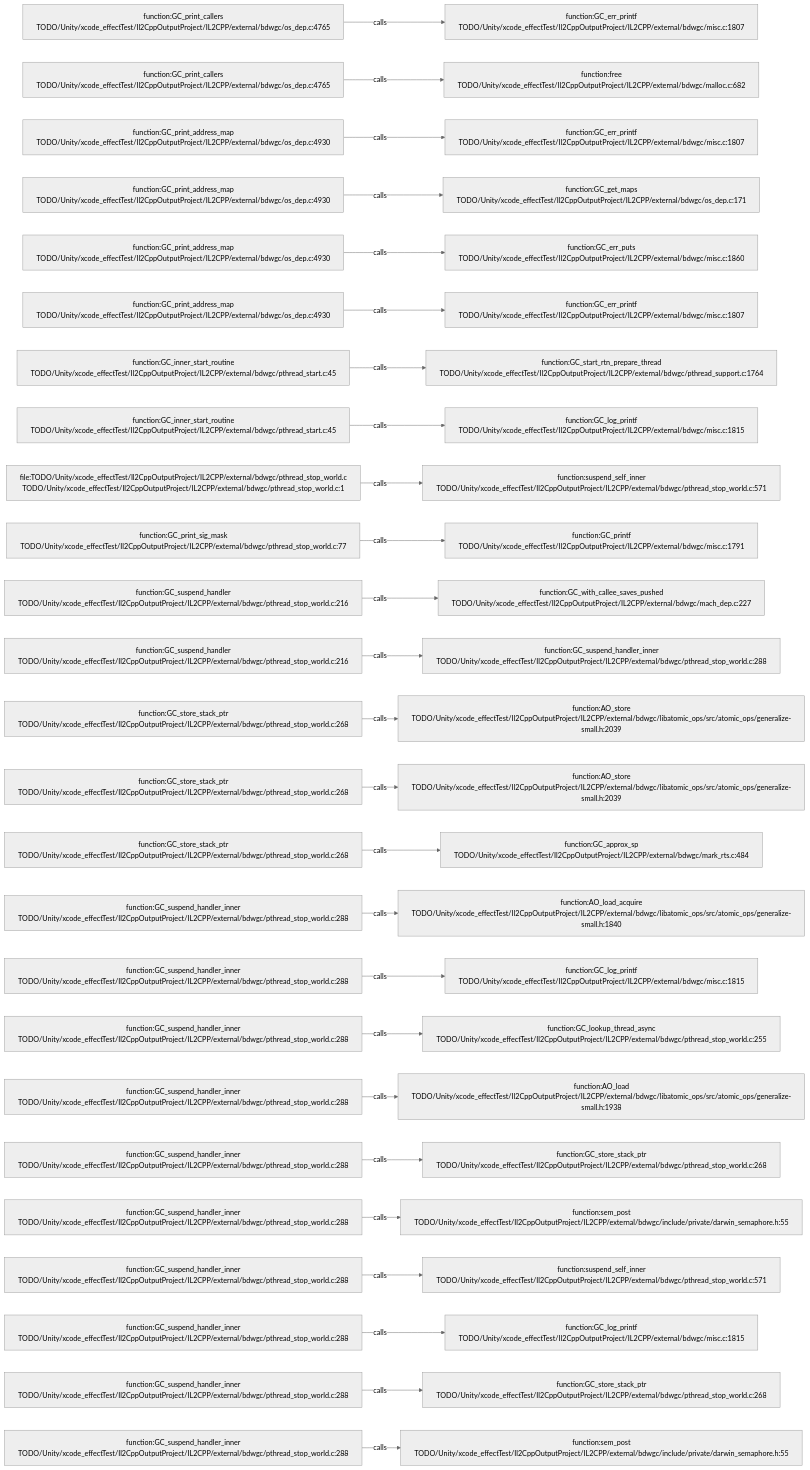
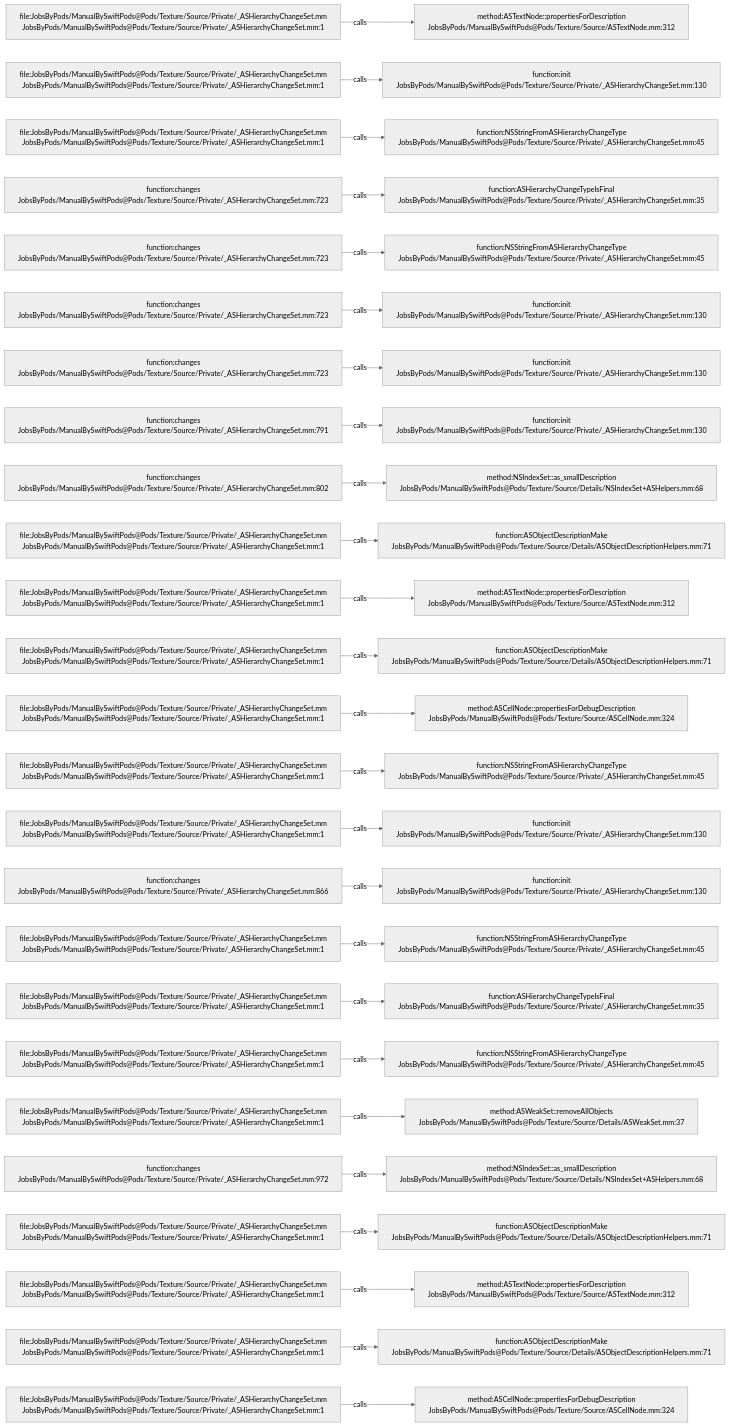
One commit to JobsKits/JobsSwiftBaseConfigDemo changed the diagram in .codegraph/codegraph.md/graphs/calls-148.md. Above: the diagram before and after it, drawn with Mermaid (neutral theme). The commit also changed 2959 other files, not shown here.

````diff
--- a/.codegraph/codegraph.md/graphs/calls-148.md
+++ b/.codegraph/codegraph.md/graphs/calls-148.md
@@ -13,78 +13,78 @@
 ```mermaid
 flowchart LR
-  S1["function:GC_print_callers<br/>TODO/Unity/xcode_effectTest/Il2CppOutputProject/IL2CPP/external/bdwgc/os_dep.c:4765"]
-  T1["function:GC_err_printf<br/>TODO/Unity/xcode_effectTest/Il2CppOutputProject/IL2CPP/external/bdwgc/misc.c:1807"]
+  S1["file:JobsByPods/ManualBySwiftPods@Pods/Texture/Source/Private/_ASHierarchyChangeSet.mm<br/>JobsByPods/ManualBySwiftPods@Pods/Texture/Source/Private/_ASHierarchyChangeSet.mm:1"]
+  T1["method:ASTextNode::propertiesForDescription<br/>JobsByPods/ManualBySwiftPods@Pods/Texture/Source/ASTextNode.mm:312"]
   S1 -->|calls| T1
-  S2["function:GC_print_callers<br/>TODO/Unity/xcode_effectTest/Il2CppOutputProject/IL2CPP/external/bdwgc/os_dep.c:4765"]
-  T2["function:free<br/>TODO/Unity/xcode_effectTest/Il2CppOutputProject/IL2CPP/external/bdwgc/malloc.c:682"]
+  S2["file:JobsByPods/ManualBySwiftPods@Pods/Texture/Source/Private/_ASHierarchyChangeSet.mm<br/>JobsByPods/ManualBySwiftPods@Pods/Texture/Source/Private/_ASHierarchyChangeSet.mm:1"]
+  T2["function:init<br/>JobsByPods/ManualBySwiftPods@Pods/Texture/Source/Private/_ASHierarchyChangeSet.mm:130"]
   S2 -->|calls| T2
-  S3["function:GC_print_address_map<br/>TODO/Unity/xcode_effectTest/Il2CppOutputProject/IL2CPP/external/bdwgc/os_dep.c:4930"]
-  T3["function:GC_err_printf<br/>TODO/Unity/xcode_effectTest/Il2CppOutputProject/IL2CPP/external/bdwgc/misc.c:1807"]
+  S3["file:JobsByPods/ManualBySwiftPods@Pods/Texture/Source/Private/_ASHierarchyChangeSet.mm<br/>JobsByPods/ManualBySwiftPods@Pods/Texture/Source/Private/_ASHierarchyChangeSet.mm:1"]
+  T3["function:NSStringFromASHierarchyChangeType<br/>JobsByPods/ManualBySwiftPods@Pods/Texture/Source/Private/_ASHierarchyChangeSet.mm:45"]
   S3 -->|calls| T3
-  S4["function:GC_print_address_map<br/>TODO/Unity/xcode_effectTest/Il2CppOutputProject/IL2CPP/external/bdwgc/os_dep.c:4930"]
-  T4["function:GC_get_maps<br/>TODO/Unity/xcode_effectTest/Il2CppOutputProject/IL2CPP/external/bdwgc/os_dep.c:171"]
+  S4["function:changes<br/>JobsByPods/ManualBySwiftPods@Pods/Texture/Source/Private/_ASHierarchyChangeSet.mm:723"]
+  T4["function:ASHierarchyChangeTypeIsFinal<br/>JobsByPods/ManualBySwiftPods@Pods/Texture/Source/Private/_ASHierarchyChangeSet.mm:35"]
   S4 -->|calls| T4
-  S5["function:GC_print_address_map<br/>TODO/Unity/xcode_effectTest/Il2CppOutputProject/IL2CPP/external/bdwgc/os_dep.c:4930"]
-  T5["function:GC_err_puts<br/>TODO/Unity/xcode_effectTest/Il2CppOutputProject/IL2CPP/external/bdwgc/misc.c:1860"]
+  S5["function:changes<br/>JobsByPods/ManualBySwiftPods@Pods/Texture/Source/Private/_ASHierarchyChangeSet.mm:723"]
+  T5["function:NSStringFromASHierarchyChangeType<br/>JobsByPods/ManualBySwiftPods@Pods/Texture/Source/Private/_ASHierarchyChangeSet.mm:45"]
   S5 -->|calls| T5
-  S6["function:GC_print_address_map<br/>TODO/Unity/xcode_effectTest/Il2CppOutputProject/IL2CPP/external/bdwgc/os_dep.c:4930"]
-  T6["function:GC_err_printf<br/>TODO/Unity/xcode_effectTest/Il2CppOutputProject/IL2CPP/external/bdwgc/misc.c:1807"]
+  S6["function:changes<br/>JobsByPods/ManualBySwiftPods@Pods/Texture/Source/Private/_ASHierarchyChangeSet.mm:723"]
+  T6["function:init<br/>JobsByPods/ManualBySwiftPods@Pods/Texture/Source/Private/_ASHierarchyChangeSet.mm:130"]
   S6 -->|calls| T6
-  S7["function:GC_inner_start_routine<br/>TODO/Unity/xcode_effectTest/Il2CppOutputProject/IL2CPP/external/bdwgc/pthread_start.c:45"]
-  T7["function:GC_start_rtn_prepare_thread<br/>TODO/Unity/xcode_effectTest/Il2CppOutputProject/IL2CPP/external/bdwgc/pthread_support.c:1764"]
+  S7["function:changes<br/>JobsByPods/ManualBySwiftPods@Pods/Texture/Source/Private/_ASHierarchyChangeSet.mm:723"]
+  T7["function:init<br/>JobsByPods/ManualBySwiftPods@Pods/Texture/Source/Private/_ASHierarchyChangeSet.mm:130"]
   S7 -->|calls| T7
-  S8["function:GC_inner_start_routine<br/>TODO/Unity/xcode_effectTest/Il2CppOutputProject/IL2CPP/external/bdwgc/pthread_start.c:45"]
-  T8["function:GC_log_printf<br/>TODO/Unity/xcode_effectTest/Il2CppOutputProject/IL2CPP/external/bdwgc/misc.c:1815"]
+  S8["function:changes<br/>JobsByPods/ManualBySwiftPods@Pods/Texture/Source/Private/_ASHierarchyChangeSet.mm:791"]
+  T8["function:init<br/>JobsByPods/ManualBySwiftPods@Pods/Texture/Source/Private/_ASHierarchyChangeSet.mm:130"]
   S8 -->|calls| T8
-  S9["file:TODO/Unity/xcode_effectTest/Il2CppOutputProject/IL2CPP/external/bdwgc/pthread_stop_world.c<br/>TODO/Unity/xcode_effectTest/Il2CppOutputProject/IL2CPP/external/bdwgc/pthread_stop_world.c:1"]
-  T9["function:suspend_self_inner<br/>TODO/Unity/xcode_effectTest/Il2CppOutputProject/IL2CPP/external/bdwgc/pthread_stop_world.c:571"]
+  S9["function:changes<br/>JobsByPods/ManualBySwiftPods@Pods/Texture/Source/Private/_ASHierarchyChangeSet.mm:802"]
+  T9["method:NSIndexSet::as_smallDescription<br/>JobsByPods/ManualBySwiftPods@Pods/Texture/Source/Details/NSIndexSet+ASHelpers.mm:68"]
   S9 -->|calls| T9
-  S10["function:GC_print_sig_mask<br/>TODO/Unity/xcode_effectTest/Il2CppOutputProject/IL2CPP/external/bdwgc/pthread_stop_world.c:77"]
-  T10["function:GC_printf<br/>TODO/Unity/xcode_effectTest/Il2CppOutputProject/IL2CPP/external/bdwgc/misc.c:1791"]
+  S10["file:JobsByPods/ManualBySwiftPods@Pods/Texture/Source/Private/_ASHierarchyChangeSet.mm<br/>JobsByPods/ManualBySwiftPods@Pods/Texture/Source/Private/_ASHierarchyChangeSet.mm:1"]
+  T10["function:ASObjectDescriptionMake<br/>JobsByPods/ManualBySwiftPods@Pods/Texture/Source/Details/ASObjectDescriptionHelpers.mm:71"]
   S10 -->|calls| T10
-  S11["function:GC_suspend_handler<br/>TODO/Unity/xcode_effectTest/Il2CppOutputProject/IL2CPP/external/bdwgc/pthread_stop_world.c:216"]
-  T11["function:GC_with_callee_saves_pushed<br/>TODO/Unity/xcode_effectTest/Il2CppOutputProject/IL2CPP/external/bdwgc/mach_dep.c:227"]
+  S11["file:JobsByPods/ManualBySwiftPods@Pods/Texture/Source/Private/_ASHierarchyChangeSet.mm<br/>JobsByPods/ManualBySwiftPods@Pods/Texture/Source/Private/_ASHierarchyChangeSet.mm:1"]
+  T11["method:ASTextNode::propertiesForDescription<br/>JobsByPods/ManualBySwiftPods@Pods/Texture/Source/ASTextNode.mm:312"]
   S11 -->|calls| T11
-  S12["function:GC_suspend_handler<br/>TODO/Unity/xcode_effectTest/Il2CppOutputProject/IL2CPP/external/bdwgc/pthread_stop_world.c:216"]
-  T12["function:GC_suspend_handler_inner<br/>TODO/Unity/xcode_effectTest/Il2CppOutputProject/IL2CPP/external/bdwgc/pthread_stop_world.c:288"]
+  S12["file:JobsByPods/ManualBySwiftPods@Pods/Texture/Source/Private/_ASHierarchyChangeSet.mm<br/>JobsByPods/ManualBySwiftPods@Pods/Texture/Source/Private/_ASHierarchyChangeSet.mm:1"]
+  T12["function:ASObjectDescriptionMake<br/>JobsByPods/ManualBySwiftPods@Pods/Texture/Source/Details/ASObjectDescriptionHelpers.mm:71"]
   S12 -->|calls| T12
-  S13["function:GC_store_stack_ptr<br/>TODO/Unity/xcode_effectTest/Il2CppOutputProject/IL2CPP/external/bdwgc/pthread_stop_world.c:268"]
-  T13["function:AO_store<br/>TODO/Unity/xcode_effectTest/Il2CppOutputProject/IL2CPP/external/bdwgc/libatomic_ops/src/atomic_ops/generalize-small.h:2039"]
+  S13["file:JobsByPods/ManualBySwiftPods@Pods/Texture/Source/Private/_ASHierarchyChangeSet.mm<br/>JobsByPods/ManualBySwiftPods@Pods/Texture/Source/Private/_ASHierarchyChangeSet.mm:1"]
+  T13["method:ASCellNode::propertiesForDebugDescription<br/>JobsByPods/ManualBySwiftPods@Pods/Texture/Source/ASCellNode.mm:324"]
   S13 -->|calls| T13
-  S14["function:GC_store_stack_ptr<br/>TODO/Unity/xcode_effectTest/Il2CppOutputProject/IL2CPP/external/bdwgc/pthread_stop_world.c:268"]
-  T14["function:AO_store<br/>TODO/Unity/xcode_effectTest/Il2CppOutputProject/IL2CPP/external/bdwgc/libatomic_ops/src/atomic_ops/generalize-small.h:2039"]
+  S14["file:JobsByPods/ManualBySwiftPods@Pods/Texture/Source/Private/_ASHierarchyChangeSet.mm<br/>JobsByPods/ManualBySwiftPods@Pods/Texture/Source/Private/_ASHierarchyChangeSet.mm:1"]
+  T14["function:NSStringFromASHierarchyChangeType<br/>JobsByPods/ManualBySwiftPods@Pods/Texture/Source/Private/_ASHierarchyChangeSet.mm:45"]
   S14 -->|calls| T14
-  S15["function:GC_store_stack_ptr<br/>TODO/Unity/xcode_effectTest/Il2CppOutputProject/IL2CPP/external/bdwgc/pthread_stop_world.c:268"]
-  T15["function:GC_approx_sp<br/>TODO/Unity/xcode_effectTest/Il2CppOutputProject/IL2CPP/external/bdwgc/mark_rts.c:484"]
+  S15["file:JobsByPods/ManualBySwiftPods@Pods/Texture/Source/Private/_ASHierarchyChangeSet.mm<br/>JobsByPods/ManualBySwiftPods@Pods/Texture/Source/Private/_ASHierarchyChangeSet.mm:1"]
+  T15["function:init<br/>JobsByPods/ManualBySwiftPods@Pods/Texture/Source/Private/_ASHierarchyChangeSet.mm:130"]
   S15 -->|calls| T15
-  S16["function:GC_suspend_handler_inner<br/>TODO/Unity/xcode_effectTest/Il2CppOutputProject/IL2CPP/external/bdwgc/pthread_stop_world.c:288"]
-  T16["function:AO_load_acquire<br/>TODO/Unity/xcode_effectTest/Il2CppOutputProject/IL2CPP/external/bdwgc/libatomic_ops/src/atomic_ops/generalize-small.h:1840"]
+  S16["function:changes<br/>JobsByPods/ManualBySwiftPods@Pods/Texture/Source/Private/_ASHierarchyChangeSet.mm:866"]
+  T16["function:init<br/>JobsByPods/ManualBySwiftPods@Pods/Texture/Source/Private/_ASHierarchyChangeSet.mm:130"]
   S16 -->|calls| T16
-  S17["function:GC_suspend_handler_inner<br/>TODO/Unity/xcode_effectTest/Il2CppOutputProject/IL2CPP/external/bdwgc/pthread_stop_world.c:288"]
-  T17["function:GC_log_printf<br/>TODO/Unity/xcode_effectTest/Il2CppOutputProject/IL2CPP/external/bdwgc/misc.c:1815"]
+  S17["file:JobsByPods/ManualBySwiftPods@Pods/Texture/Source/Private/_ASHierarchyChangeSet.mm<br/>JobsByPods/ManualBySwiftPods@Pods/Texture/Source/Private/_ASHierarchyChangeSet.mm:1"]
+  T17["function:NSStringFromASHierarchyChangeType<br/>JobsByPods/ManualBySwiftPods@Pods/Texture/Source/Private/_ASHierarchyChangeSet.mm:45"]
   S17 -->|calls| T17
-  S18["function:GC_suspend_handler_inner<br/>TODO/Unity/xcode_effectTest/Il2CppOutputProject/IL2CPP/external/bdwgc/pthread_stop_world.c:288"]
-  T18["function:GC_lookup_thread_async<br/>TODO/Unity/xcode_effectTest/Il2CppOutputProject/IL2CPP/external/bdwgc/pthread_stop_world.c:255"]
+  S18["file:JobsByPods/ManualBySwiftPods@Pods/Texture/Source/Private/_ASHierarchyChangeSet.mm<br/>JobsByPods/ManualBySwiftPods@Pods/Texture/Source/Private/_ASHierarchyChangeSet.mm:1"]
+  T18["function:ASHierarchyChangeTypeIsFinal<br/>JobsByPods/ManualBySwiftPods@Pods/Texture/Source/Private/_ASHierarchyChangeSet.mm:35"]
   S18 -->|calls| T18
-  S19["function:GC_suspend_handler_inner<br/>TODO/Unity/xcode_effectTest/Il2CppOutputProject/IL2CPP/external/bdwgc/pthread_stop_world.c:288"]
-  T19["function:AO_load<br/>TODO/Unity/xcode_effectTest/Il2CppOutputProject/IL2CPP/external/bdwgc/libatomic_ops/src/atomic_ops/generalize-small.h:1938"]
+  S19["file:JobsByPods/ManualBySwiftPods@Pods/Texture/Source/Private/_ASHierarchyChangeSet.mm<br/>JobsByPods/ManualBySwiftPods@Pods/Texture/Source/Private/_ASHierarchyChangeSet.mm:1"]
+  T19["function:NSStringFromASHierarchyChangeType<br/>JobsByPods/ManualBySwiftPods@Pods/Texture/Source/Private/_ASHierarchyChangeSet.mm:45"]
   S19 -->|calls| T19
-  S20["function:GC_suspend_handler_inner<br/>TODO/Unity/xcode_effectTest/Il2CppOutputProject/IL2CPP/external/bdwgc/pthread_stop_world.c:288"]
-  T20["function:GC_store_stack_ptr<br/>TODO/Unity/xcode_effectTest/Il2CppOutputProject/IL2CPP/external/bdwgc/pthread_stop_world.c:268"]
+  S20["file:JobsByPods/ManualBySwiftPods@Pods/Texture/Source/Private/_ASHierarchyChangeSet.mm<br/>JobsByPods/ManualBySwiftPods@Pods/Texture/Source/Private/_ASHierarchyChangeSet.mm:1"]
+  T20["method:ASWeakSet::removeAllObjects<br/>JobsByPods/ManualBySwiftPods@Pods/Texture/Source/Details/ASWeakSet.mm:37"]
   S20 -->|calls| T20
-  S21["function:GC_suspend_handler_inner<br/>TODO/Unity/xcode_effectTest/Il2CppOutputProject/IL2CPP/external/bdwgc/pthread_stop_world.c:288"]
-  T21["function:sem_post<br/>TODO/Unity/xcode_effectTest/Il2CppOutputProject/IL2CPP/external/bdwgc/include/private/darwin_semaphore.h:55"]
+  S21["function:changes<br/>JobsByPods/ManualBySwiftPods@Pods/Texture/Source/Private/_ASHierarchyChangeSet.mm:972"]
+  T21["method:NSIndexSet::as_smallDescription<br/>JobsByPods/ManualBySwiftPods@Pods/Texture/Source/Details/NSIndexSet+ASHelpers.mm:68"]
   S21 -->|calls| T21
-  S22["function:GC_suspend_handler_inner<br/>TODO/Unity/xcode_effectTest/Il2CppOutputProject/IL2CPP/external/bdwgc/pthread_stop_world.c:288"]
-  T22["function:suspend_self_inner<br/>TODO/Unity/xcode_effectTest/Il2CppOutputProject/IL2CPP/external/bdwgc/pthread_stop_world.c:571"]
+  S22["file:JobsByPods/ManualBySwiftPods@Pods/Texture/Source/Private/_ASHierarchyChangeSet.mm<br/>JobsByPods/ManualBySwiftPods@Pods/Texture/Source/Private/_ASHierarchyChangeSet.mm:1"]
+  T22["function:ASObjectDescriptionMake<br/>JobsByPods/ManualBySwiftPods@Pods/Texture/Source/Details/ASObjectDescriptionHelpers.mm:71"]
   S22 -->|calls| T22
-  S23["function:GC_suspend_handler_inner<br/>TODO/Unity/xcode_effectTest/Il2CppOutputProject/IL2CPP/external/bdwgc/pthread_stop_world.c:288"]
-  T23["function:GC_log_printf<br/>TODO/Unity/xcode_effectTest/Il2CppOutputProject/IL2CPP/external/bdwgc/misc.c:1815"]
+  S23["file:JobsByPods/ManualBySwiftPods@Pods/Texture/Source/Private/_ASHierarchyChangeSet.mm<br/>JobsByPods/ManualBySwiftPods@Pods/Texture/Source/Private/_ASHierarchyChangeSet.mm:1"]
+  T23["method:ASTextNode::propertiesForDescription<br/>JobsByPods/ManualBySwiftPods@Pods/Texture/Source/ASTextNode.mm:312"]
   S23 -->|calls| T23
-  S24["function:GC_suspend_handler_inner<br/>TODO/Unity/xcode_effectTest/Il2CppOutputProject/IL2CPP/external/bdwgc/pthread_stop_world.c:288"]
-  T24["function:GC_store_stack_ptr<br/>TODO/Unity/xcode_effectTest/Il2CppOutputProject/IL2CPP/external/bdwgc/pthread_stop_world.c:268"]
+  S24["file:JobsByPods/ManualBySwiftPods@Pods/Texture/Source/Private/_ASHierarchyChangeSet.mm<br/>JobsByPods/ManualBySwiftPods@Pods/Texture/Source/Private/_ASHierarchyChangeSet.mm:1"]
+  T24["function:ASObjectDescriptionMake<br/>JobsByPods/ManualBySwiftPods@Pods/Texture/Source/Details/ASObjectDescriptionHelpers.mm:71"]
   S24 -->|calls| T24
-  S25["function:GC_suspend_handler_inner<br/>TODO/Unity/xcode_effectTest/Il2CppOutputProject/IL2CPP/external/bdwgc/pthread_stop_world.c:288"]
-  T25["function:sem_post<br/>TODO/Unity/xcode_effectTest/Il2CppOutputProject/IL2CPP/external/bdwgc/include/private/darwin_semaphore.h:55"]
+  S25["file:JobsByPods/ManualBySwiftPods@Pods/Texture/Source/Private/_ASHierarchyChangeSet.mm<br/>JobsByPods/ManualBySwiftPods@Pods/Texture/Source/Private/_ASHierarchyChangeSet.mm:1"]
+  T25["method:ASCellNode::propertiesForDebugDescription<br/>JobsByPods/ManualBySwiftPods@Pods/Texture/Source/ASCellNode.mm:324"]
   S25 -->|calls| T25
 ```
````
